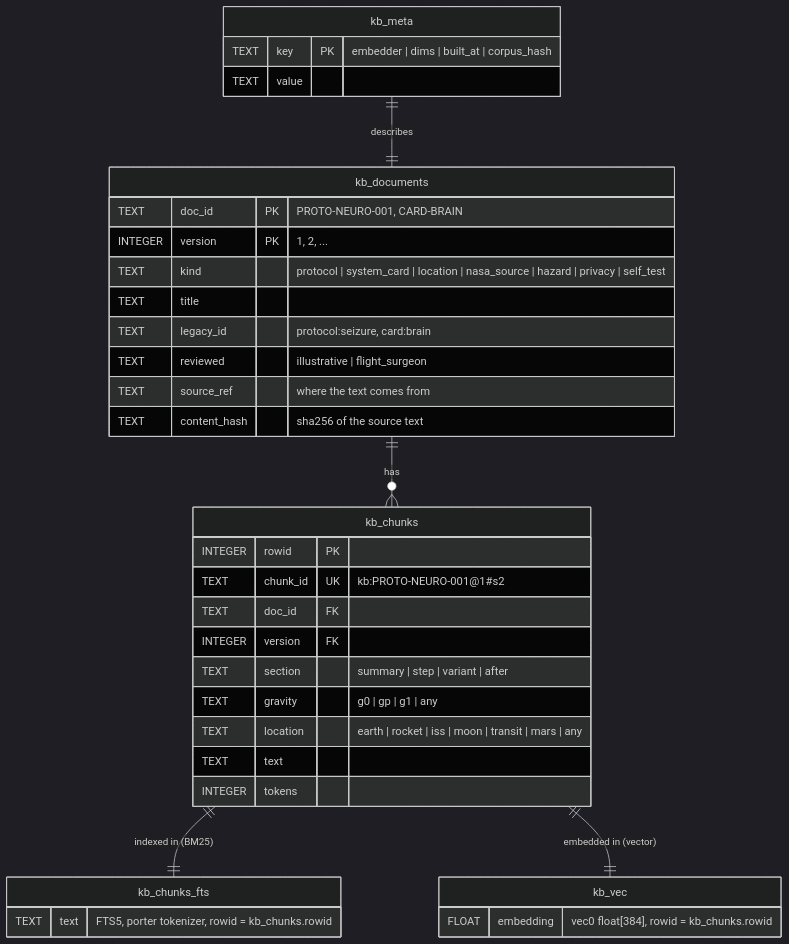
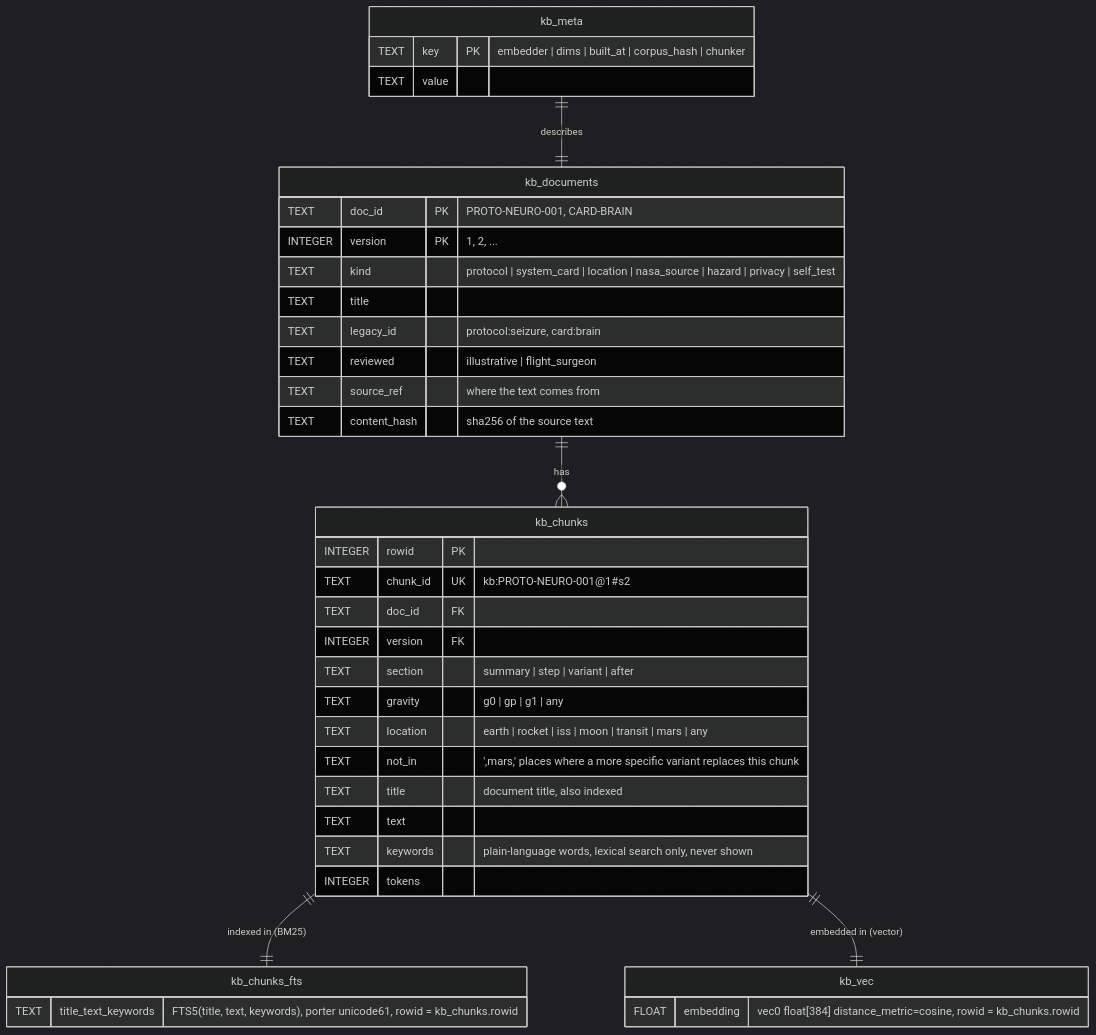
Before and after one commit to danielgacioly/canary: the second of 2 diagrams in docs/ai/schema.md, drawn with Mermaid (dark theme). The commit also changed other lines of this file and 6 other files, not shown here.

````diff
--- a/docs/ai/schema.md
+++ b/docs/ai/schema.md
@@ -71,39 +71,42 @@
 ```mermaid
 erDiagram
     kb_documents ||--o{ kb_chunks : has
     kb_chunks ||--|| kb_chunks_fts : "indexed in (BM25)"
     kb_chunks ||--|| kb_vec : "embedded in (vector)"
     kb_meta ||--|| kb_documents : describes
 
     kb_documents {
         TEXT doc_id PK "PROTO-NEURO-001, CARD-BRAIN"
         INTEGER version PK "1, 2, ..."
         TEXT kind "protocol | system_card | location | nasa_source | hazard | privacy | self_test"
         TEXT title
         TEXT legacy_id "protocol:seizure, card:brain"
         TEXT reviewed "illustrative | flight_surgeon"
         TEXT source_ref "where the text comes from"
         TEXT content_hash "sha256 of the source text"
     }
     kb_chunks {
         INTEGER rowid PK
         TEXT chunk_id UK "kb:PROTO-NEURO-001@1#s2"
         TEXT doc_id FK
         INTEGER version FK
         TEXT section "summary | step | variant | after"
         TEXT gravity "g0 | gp | g1 | any"
         TEXT location "earth | rocket | iss | moon | transit | mars | any"
+        TEXT not_in "',mars,' places where a more specific variant replaces this chunk"
+        TEXT title "document title, also indexed"
         TEXT text
+        TEXT keywords "plain-language words, lexical search only, never shown"
         INTEGER tokens
     }
     kb_chunks_fts {
-        TEXT text "FTS5, porter tokenizer, rowid = kb_chunks.rowid"
+        TEXT title_text_keywords "FTS5(title, text, keywords), porter unicode61, rowid = kb_chunks.rowid"
     }
     kb_vec {
-        FLOAT embedding "vec0 float[384], rowid = kb_chunks.rowid"
+        FLOAT embedding "vec0 float[384] distance_metric=cosine, rowid = kb_chunks.rowid"
     }
     kb_meta {
-        TEXT key PK "embedder | dims | built_at | corpus_hash"
+        TEXT key PK "embedder | dims | built_at | corpus_hash | chunker"
         TEXT value
     }
 ```
````
